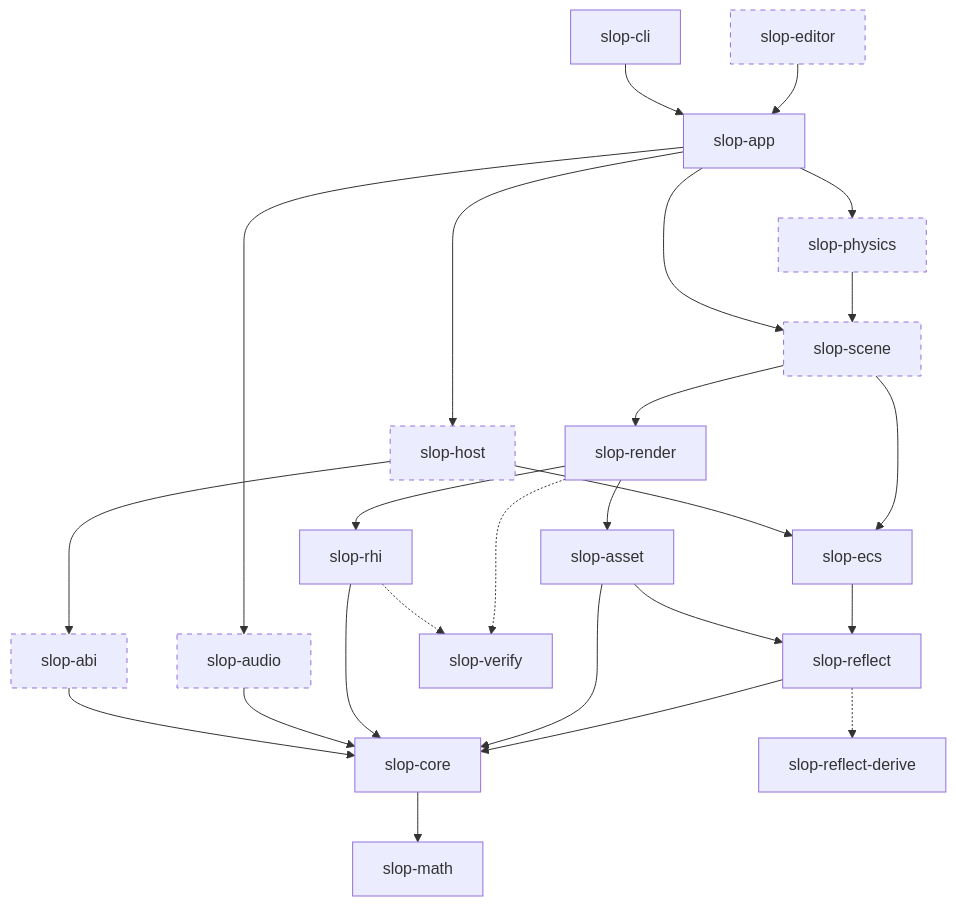
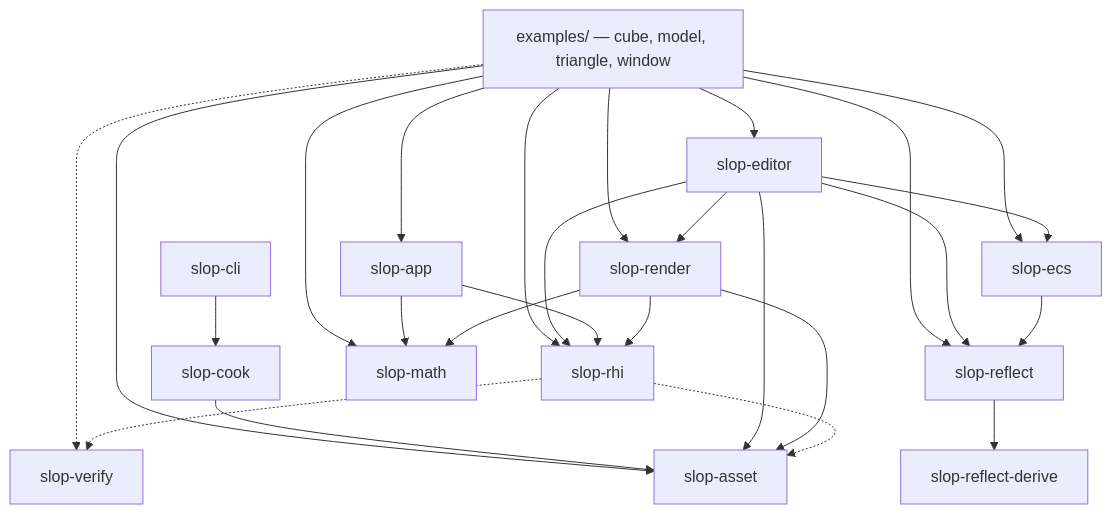
One commit to adamloec/slop changed the first of 6 diagrams in docs/architecture.md. Above: the diagram before and after it, drawn with Mermaid. The commit also changed other lines of this file and 7 other files, not shown here.

````diff
--- a/docs/architecture.md
+++ b/docs/architecture.md
@@ -19,49 +24,48 @@
 ```mermaid
 flowchart TD
+    ex["examples/ — cube, model, triangle, window"]
     cli["slop-cli"]
+    cook["slop-cook"]
     editor["slop-editor"]
     app["slop-app"]
-    host["slop-host"]
-    abi["slop-abi"]
-    audio["slop-audio"]
-    physics["slop-physics"]
-    scene["slop-scene"]
     render["slop-render"]
     rhi["slop-rhi"]
+    ecs["slop-ecs"]
     asset["slop-asset"]
-    ecs["slop-ecs"]
     reflect["slop-reflect"]
-    core["slop-core"]
+    derive["slop-reflect-derive"]
     math["slop-math"]
     verify["slop-verify"]
-    derive["slop-reflect-derive"]
 
-    cli --> app
-    editor --> app
-    app --> host
-    app --> scene
-    app --> physics
-    app --> audio
-    host --> abi
-    host --> ecs
-    abi --> core
-    audio --> core
-    physics --> scene
-    scene --> render
-    scene --> ecs
+    ex --> app
+    ex --> editor
+    ex --> render
+    ex --> rhi
+    ex --> asset
+    ex --> ecs
+    ex --> reflect
+    ex --> math
+
+    cli --> cook
+    cook --> asset
+
+    editor --> render
+    editor --> rhi
+    editor --> asset
+    editor --> ecs
+    editor --> reflect
+
+    app --> rhi
+    app --> math
+
     render --> rhi
     render --> asset
-    rhi --> core
-    asset --> reflect
-    asset --> core
+    render --> math
+
     ecs --> reflect
-    reflect --> core
-    core --> math
+    reflect --> derive
 
+    ex -.-> verify
     rhi -.-> verify
-    render -.-> verify
-    reflect -.-> derive
-
-    classDef planned stroke-dasharray: 5 5
-    class editor,host,abi,audio,physics,scene planned
+    rhi -.-> asset
 ```
````
